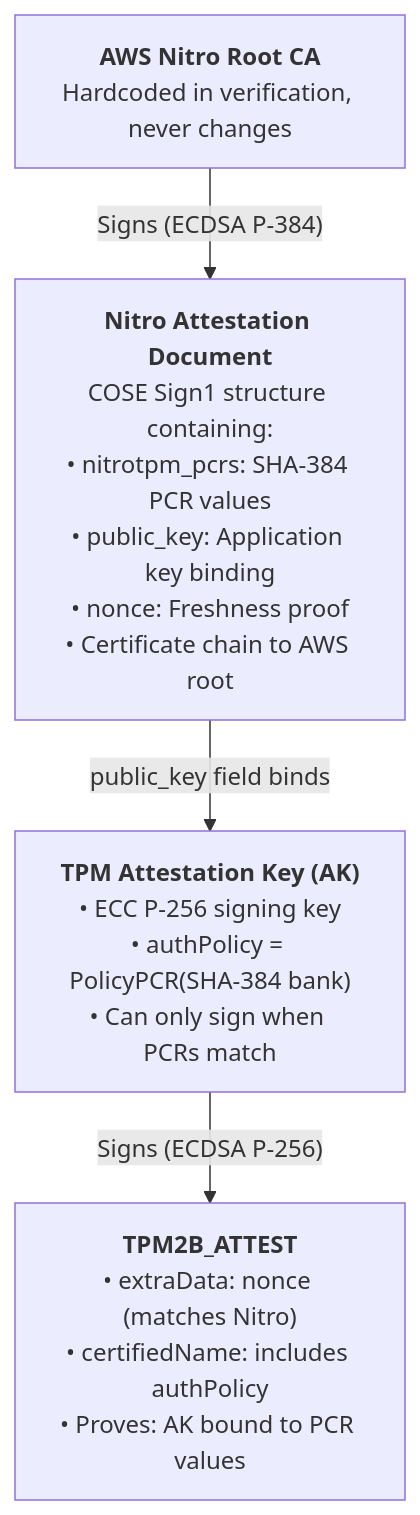
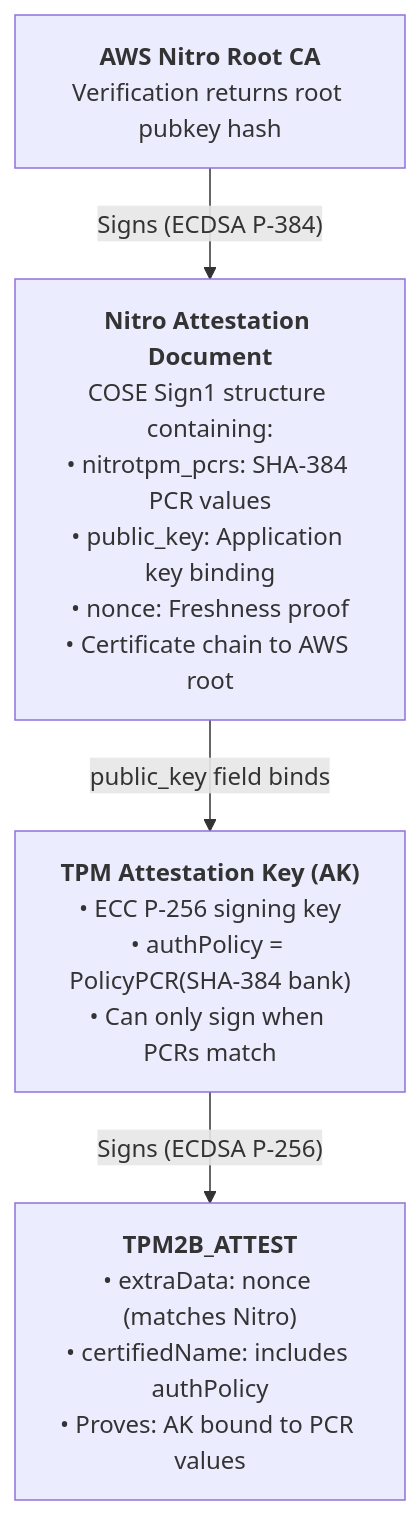
Before and after one commit to lockboot/lockboot: the diagram in crates/rawdogtpm2/AWS-NITRO.md, drawn with Mermaid. The commit also changed 2 other files, not shown here.

Commit message:
Minor doc corrections

````diff
--- a/crates/rawdogtpm2/AWS-NITRO.md
+++ b/crates/rawdogtpm2/AWS-NITRO.md
@@ -16,11 +16,11 @@
 ```mermaid
 flowchart TD
-    A["<b>AWS Nitro Root CA</b><br/>Hardcoded in verification, never changes"]
+    A["<b>AWS Nitro Root CA</b><br/>Verification returns root pubkey hash"]
     B["<b>Nitro Attestation Document</b><br/>COSE Sign1 structure containing:<br/>• nitrotpm_pcrs: SHA-384 PCR values<br/>• public_key: Application key binding<br/>• nonce: Freshness proof<br/>• Certificate chain to AWS root"]
     C["<b>TPM Attestation Key (AK)</b><br/>• ECC P-256 signing key<br/>• authPolicy = PolicyPCR(SHA-384 bank)<br/>• Can only sign when PCRs match"]
     D["<b>TPM2B_ATTEST</b><br/>• extraData: nonce (matches Nitro)<br/>• certifiedName: includes authPolicy<br/>• Proves: AK bound to PCR values"]
 
     A -->|"Signs (ECDSA P-384)"| B
     B -->|"public_key field binds"| C
     C -->|"Signs (ECDSA P-256)"| D
 ```
````
